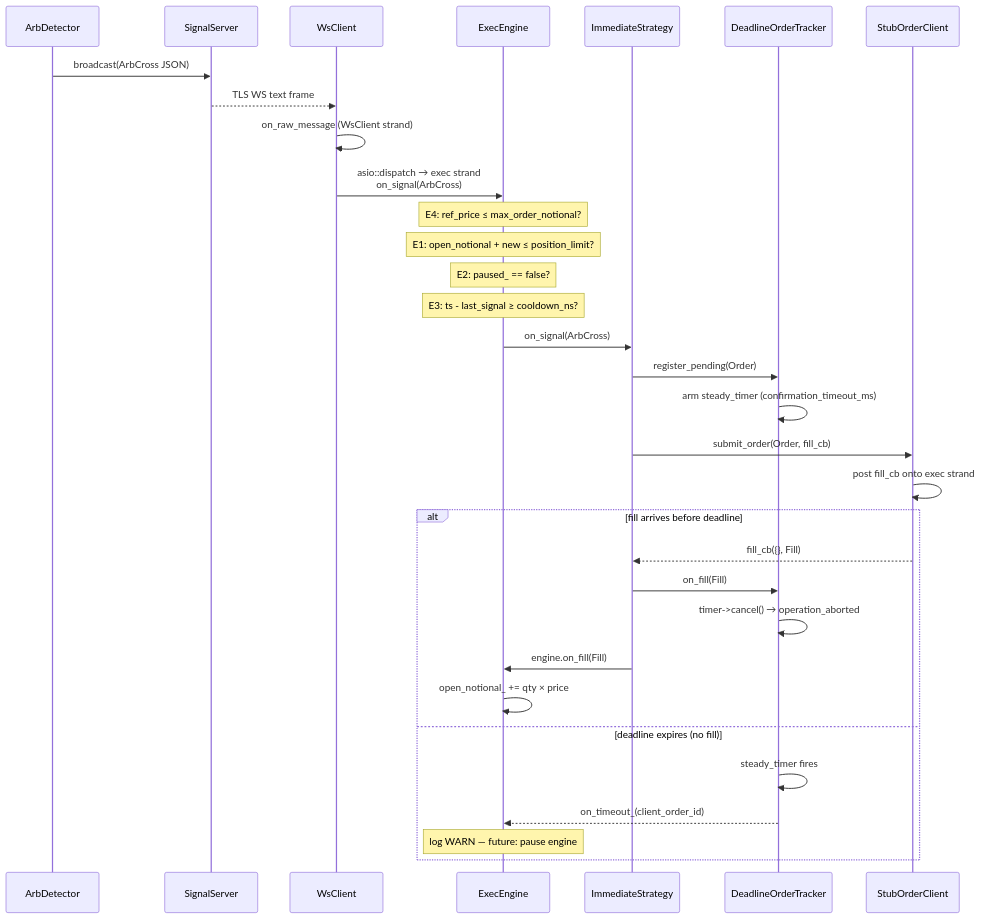
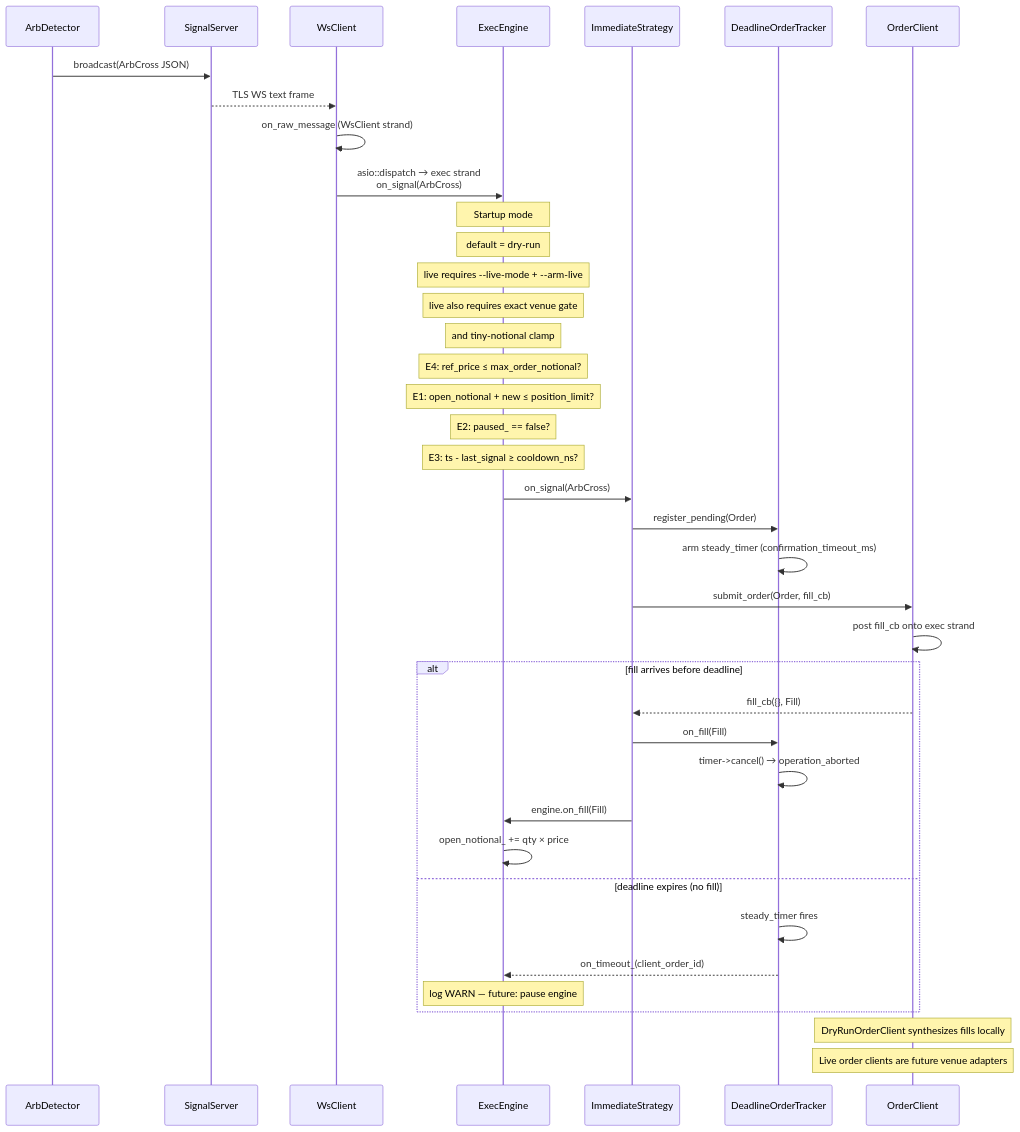
Before and after one commit to fkonrad97/zidaBot: the fourth of 6 diagrams in docs/DIAGRAMS.md, drawn with Mermaid. The commit also changed other lines of this file and 25 other files, not shown here.

````diff
--- a/docs/DIAGRAMS.md
+++ b/docs/DIAGRAMS.md
@@ -185,40 +208,49 @@
 ```mermaid
 sequenceDiagram
     participant AD as ArbDetector
     participant SS as SignalServer
     participant WC as WsClient
     participant EE as ExecEngine
     participant IS as ImmediateStrategy
     participant OT as DeadlineOrderTracker
-    participant OC as StubOrderClient
+    participant OC as OrderClient
 
     AD->>SS: broadcast(ArbCross JSON)
     SS-->>WC: TLS WS text frame
 
     WC->>WC: on_raw_message (WsClient strand)
     WC->>EE: asio::dispatch → exec strand<br/>on_signal(ArbCross)
+
+    Note over EE: Startup mode
+    Note over EE: default = dry-run
+    Note over EE: live requires --live-mode + --arm-live
+    Note over EE: live also requires exact venue gate
+    Note over EE: and tiny-notional clamp
 
     Note over EE: E4: ref_price ≤ max_order_notional?
     Note over EE: E1: open_notional + new ≤ position_limit?
     Note over EE: E2: paused_ == false?
     Note over EE: E3: ts - last_signal ≥ cooldown_ns?
 
     EE->>IS: on_signal(ArbCross)
     IS->>OT: register_pending(Order)
     OT->>OT: arm steady_timer (confirmation_timeout_ms)
     IS->>OC: submit_order(Order, fill_cb)
 
     OC->>OC: post fill_cb onto exec strand
 
     alt fill arrives before deadline
         OC-->>IS: fill_cb({}, Fill)
         IS->>OT: on_fill(Fill)
         OT->>OT: timer->cancel() → operation_aborted
         IS->>EE: engine.on_fill(Fill)
         EE->>EE: open_notional_ += qty × price
     else deadline expires (no fill)
         OT->>OT: steady_timer fires
         OT-->>EE: on_timeout_(client_order_id)
         Note over EE: log WARN — future: pause engine
     end
+
+    Note over OC: DryRunOrderClient synthesizes fills locally
+    Note over OC: Live order clients are future venue adapters
 ```
````
